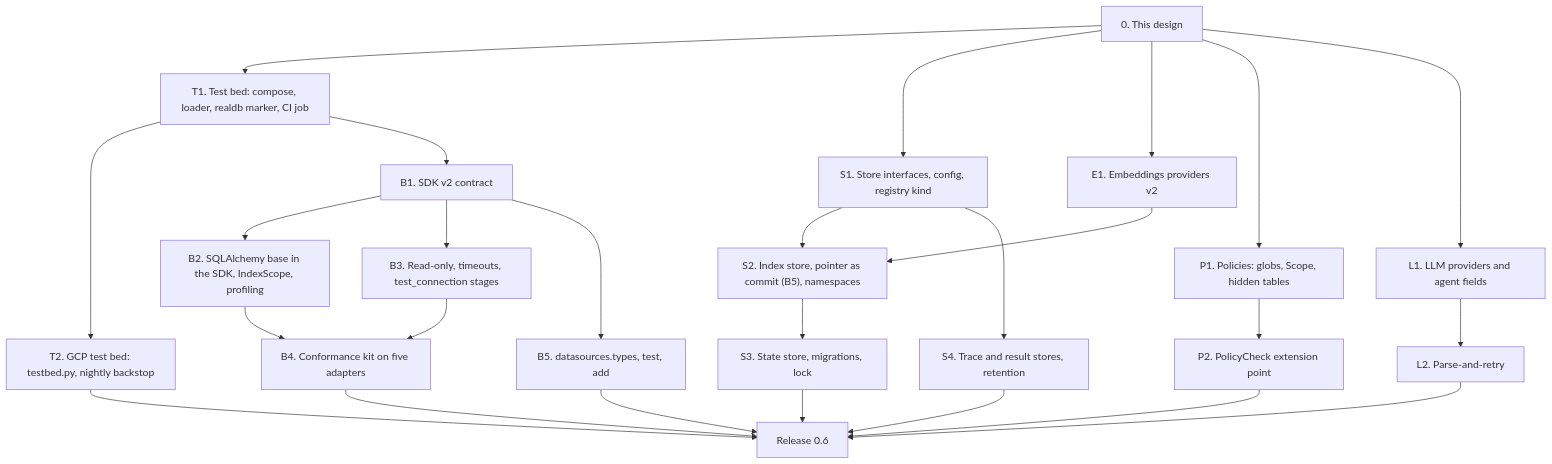
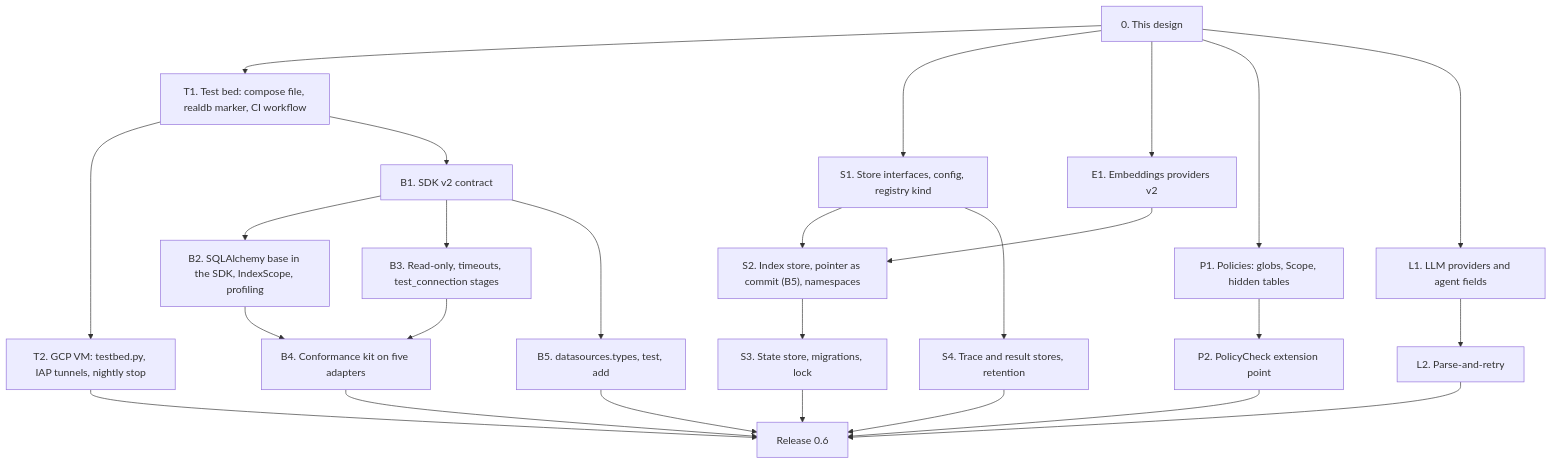
One commit to nadeem4/nl2sql changed the third of 3 diagrams in docs/architecture/phase2.md. Above: the diagram before and after it, drawn with Mermaid. The commit also changed other lines of this file, not shown here.

First line of the commit message:
docs(architecture): phase 2 owner decisions — one compose test bed, GCP VM, minimal providers

````diff
--- a/docs/architecture/phase2.md
+++ b/docs/architecture/phase2.md
@@ -1202,28 +1203,28 @@
 ```mermaid
 flowchart TD
-  D["0. This design"] --> T1["T1. Test bed: compose, loader, realdb marker, CI job"]
+  D["0. This design"] --> T1["T1. Test bed: compose file, realdb marker, CI workflow"]
   D --> S1["S1. Store interfaces, config, registry kind"]
   D --> E1["E1. Embeddings providers v2"]
   D --> P1["P1. Policies: globs, Scope, hidden tables"]
-  T1 --> T2["T2. GCP test bed: testbed.py, nightly backstop"]
+  T1 --> T2["T2. GCP VM: testbed.py, IAP tunnels, nightly stop"]
   S1 --> S2["S2. Index store, pointer as commit (B5), namespaces"]
   E1 --> S2
   D --> L1["L1. LLM providers and agent fields"]
   P1 --> P2["P2. PolicyCheck extension point"]
   S2 --> S3["S3. State store, migrations, lock"]
   S1 --> S4["S4. Trace and result stores, retention"]
   L1 --> L2["L2. Parse-and-retry"]
   T1 --> B1["B1. SDK v2 contract"]
   B1 --> B2["B2. SQLAlchemy base in the SDK, IndexScope, profiling"]
   B1 --> B3["B3. Read-only, timeouts, test_connection stages"]
   B1 --> B5["B5. datasources.types, test, add"]
   B2 --> B4["B4. Conformance kit on five adapters"]
   B3 --> B4
   B4 --> R["Release 0.6"]
   S3 --> R
   S4 --> R
   L2 --> R
   P2 --> R
   T2 --> R
   B5 --> R
 ```
````
